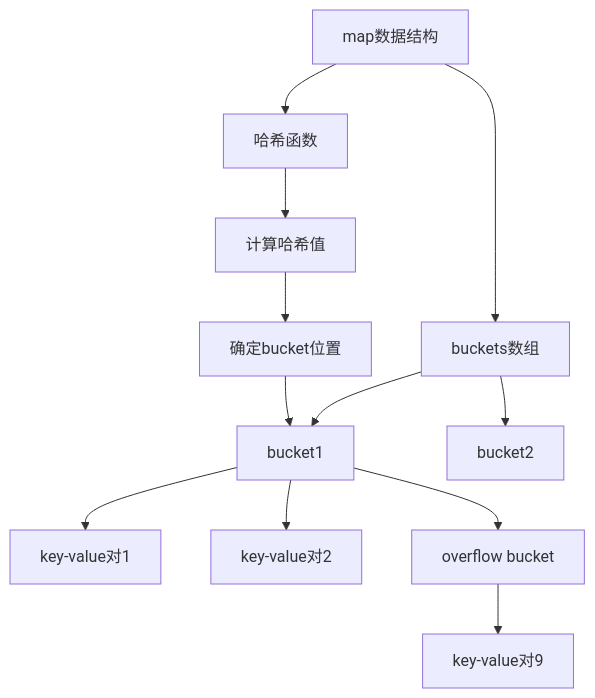
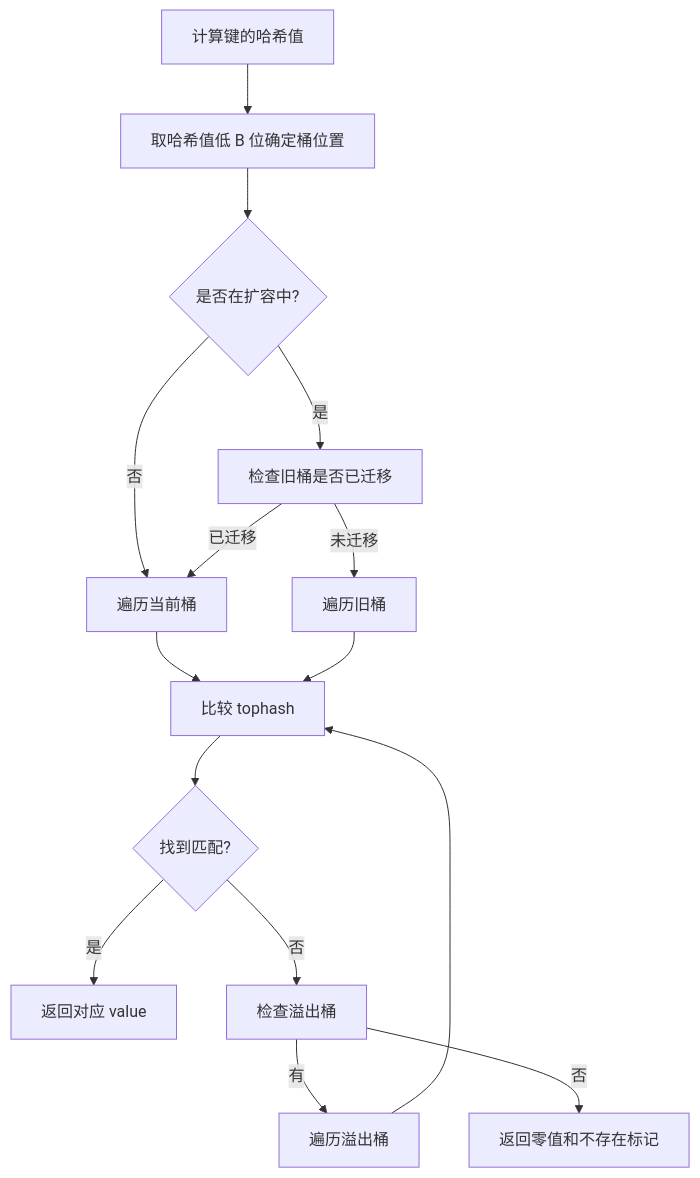
Before and after one commit to canaan-wang/canaan-wang.github.io: the fourth of 4 diagrams in Go/Golang/复合数据类型/map.md, drawn with Mermaid. The commit also changed other lines of this file and 8 other files, not shown here.

````diff
--- a/Go/Golang/复合数据类型/map.md
+++ b/Go/Golang/复合数据类型/map.md
@@ -15,15 +280,17 @@
-  ```mermaid
-  %% 图标题：Go语言map底层架构
-  flowchart TD
-      A[map数据结构] --> B[哈希函数]
-      A --> C[buckets数组]
-      C --> D[bucket1]
-      C --> E[bucket2]
-      D --> F[key-value对1]
-      D --> G[key-value对2]
-      D --> H[overflow bucket]
-      H --> I[key-value对9]
-      B --> J[计算哈希值]
-      J --> K[确定bucket位置]
-      K --> D
-  ```
+```mermaid
+flowchart TD
+    A[计算键的哈希值] --> B[取哈希值低 B 位确定桶位置]
+    B --> C{是否在扩容中?}
+    C -->|是| D[检查旧桶是否已迁移]
+    C -->|否| E[遍历当前桶]
+    D -->|已迁移| E
+    D -->|未迁移| F[遍历旧桶]
+    E --> G[比较 tophash]
+    F --> G
+    G --> H{找到匹配?}
+    H -->|是| I[返回对应 value]
+    H -->|否| J[检查溢出桶]
+    J -->|有| K[遍历溢出桶]
+    K --> G
+    J -->|否| L[返回零值和不存在标记]
+```
````
